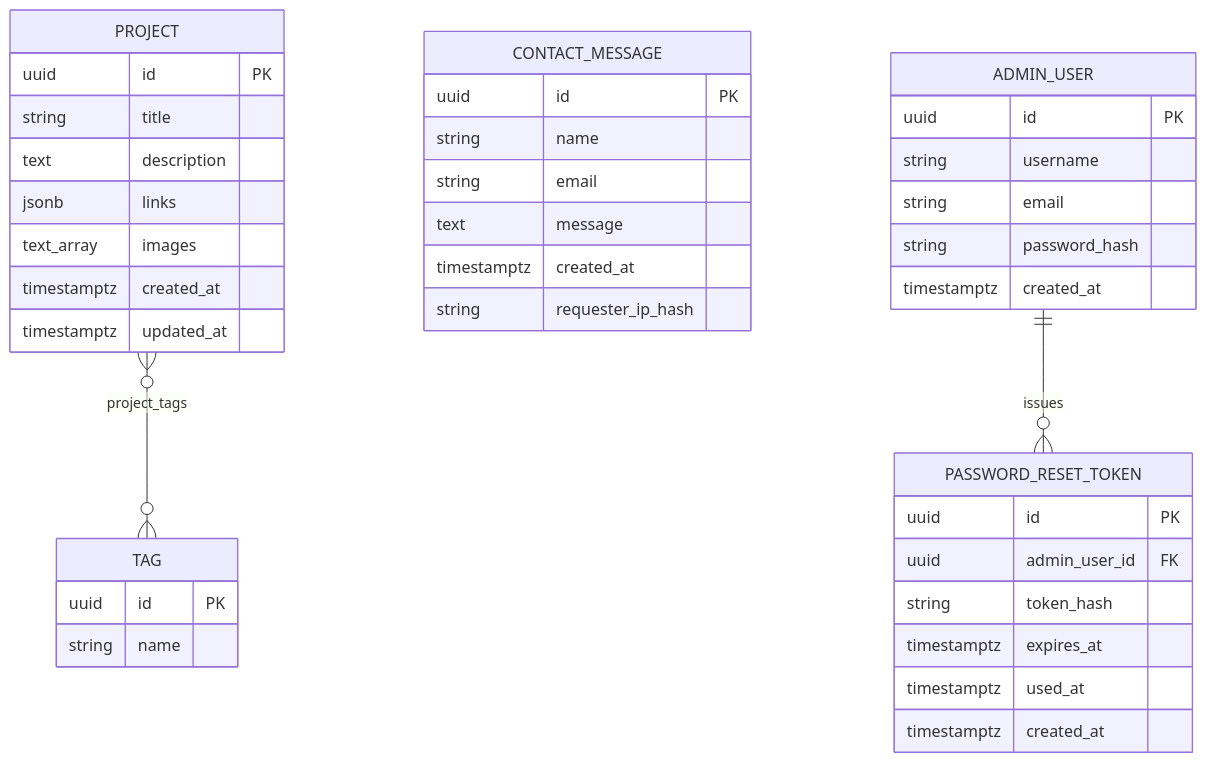
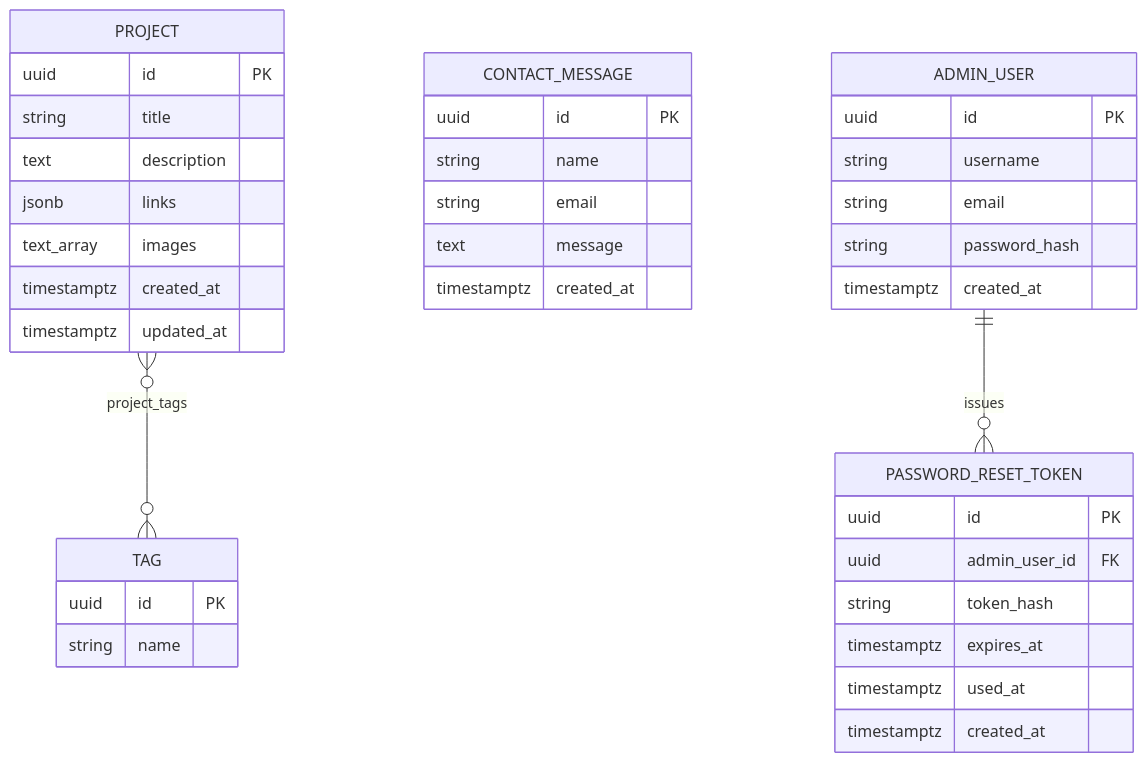
One commit to tarka1939/My_Site changed the first of 2 diagrams in docs/DATA_MODEL.md. Above: the diagram before and after it, drawn with Mermaid. The commit also changed other lines of this file and 3 other files, not shown here.

````diff
--- a/docs/DATA_MODEL.md
+++ b/docs/DATA_MODEL.md
@@ -194,41 +195,40 @@
 ```mermaid
 erDiagram
     PROJECT }o--o{ TAG : "project_tags"
     PROJECT {
         uuid id PK
         string title
         text description
         jsonb links
         text_array images
         timestamptz created_at
         timestamptz updated_at
     }
     TAG {
         uuid id PK
         string name
     }
     CONTACT_MESSAGE {
         uuid id PK
         string name
         string email
         text message
         timestamptz created_at
-        string requester_ip_hash
     }
     ADMIN_USER {
         uuid id PK
         string username
         string email
         string password_hash
         timestamptz created_at
     }
     ADMIN_USER ||--o{ PASSWORD_RESET_TOKEN : "issues"
     PASSWORD_RESET_TOKEN {
         uuid id PK
         uuid admin_user_id FK
         string token_hash
         timestamptz expires_at
         timestamptz used_at
         timestamptz created_at
     }
 ```
````
